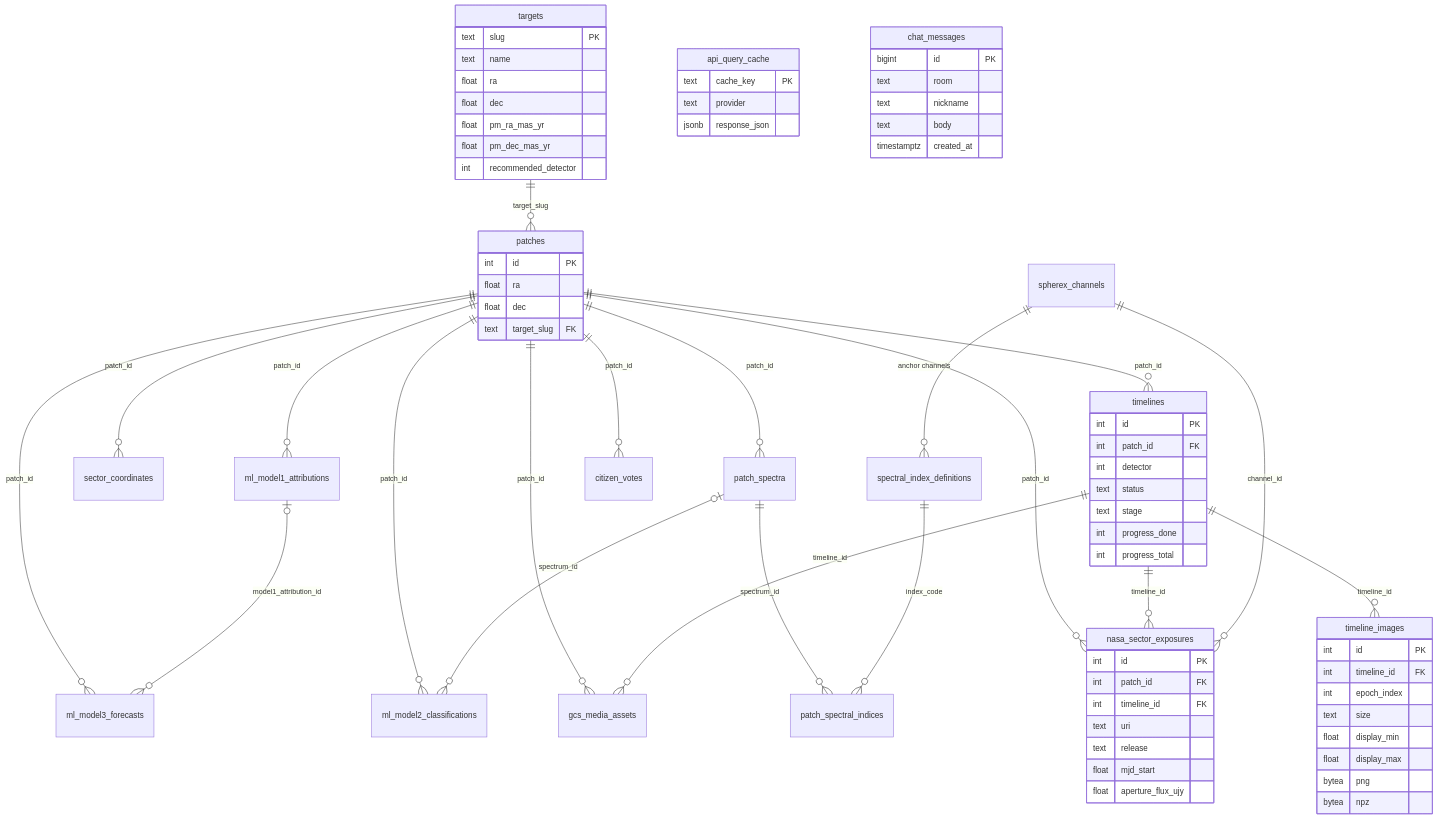
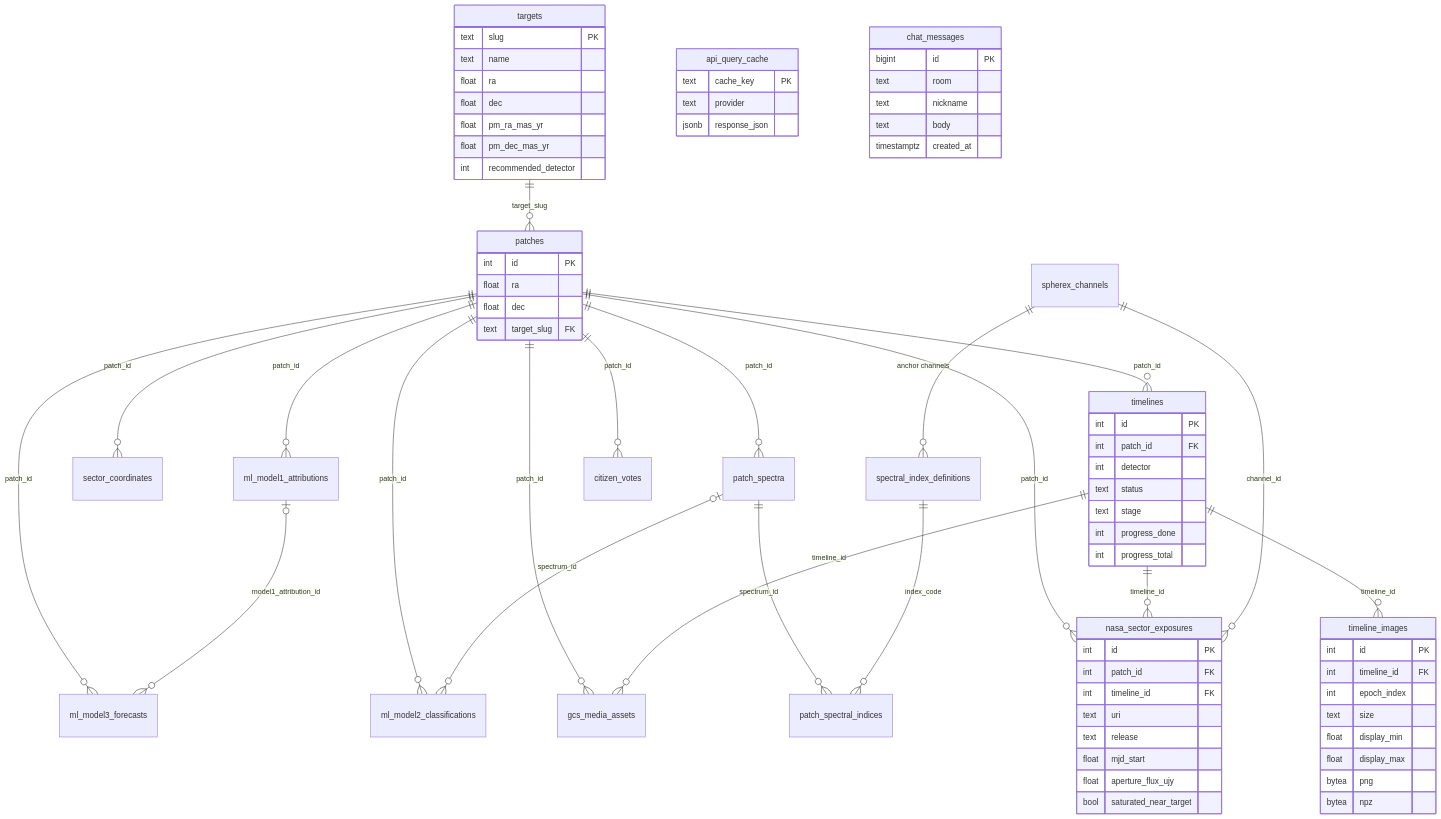
One commit to toroc07/nebo-app changed the seventh of 10 diagrams in docs/architecture.md. Above: the diagram before and after it, drawn with Mermaid. The commit also changed other lines of this file and 11 other files, not shown here.

````diff
--- a/docs/architecture.md
+++ b/docs/architecture.md
@@ -293,78 +293,79 @@
 ```mermaid
 erDiagram
   targets ||--o{ patches : "target_slug"
   patches ||--o{ timelines : "patch_id"
   timelines ||--o{ timeline_images : "timeline_id"
   patches ||--o{ sector_coordinates : "patch_id"
   patches ||--o{ nasa_sector_exposures : "patch_id"
   timelines ||--o{ nasa_sector_exposures : "timeline_id"
   spherex_channels ||--o{ nasa_sector_exposures : "channel_id"
   spherex_channels ||--o{ spectral_index_definitions : "anchor channels"
   patches ||--o{ gcs_media_assets : "patch_id"
   timelines ||--o{ gcs_media_assets : "timeline_id"
   patches ||--o{ patch_spectra : "patch_id"
   patch_spectra ||--o{ patch_spectral_indices : "spectrum_id"
   spectral_index_definitions ||--o{ patch_spectral_indices : "index_code"
   patches ||--o{ ml_model1_attributions : "patch_id"
   patches ||--o{ ml_model2_classifications : "patch_id"
   patch_spectra |o--o{ ml_model2_classifications : "spectrum_id"
   patches ||--o{ ml_model3_forecasts : "patch_id"
   ml_model1_attributions |o--o{ ml_model3_forecasts : "model1_attribution_id"
   patches ||--o{ citizen_votes : "patch_id"
 
   targets {
     text slug PK
     text name
     float ra
     float dec
     float pm_ra_mas_yr
     float pm_dec_mas_yr
     int recommended_detector
   }
   patches {
     int id PK
     float ra
     float dec
     text target_slug FK
   }
   timelines {
     int id PK
     int patch_id FK
     int detector
     text status
     text stage
     int progress_done
     int progress_total
   }
   timeline_images {
     int id PK
     int timeline_id FK
     int epoch_index
     text size
     float display_min
     float display_max
     bytea png
     bytea npz
   }
   nasa_sector_exposures {
     int id PK
     int patch_id FK
     int timeline_id FK
     text uri
     text release
     float mjd_start
     float aperture_flux_ujy
+    bool saturated_near_target
   }
   api_query_cache {
     text cache_key PK
     text provider
     jsonb response_json
   }
   chat_messages {
     bigint id PK
     text room
     text nickname
     text body
     timestamptz created_at
   }
 ```
````
